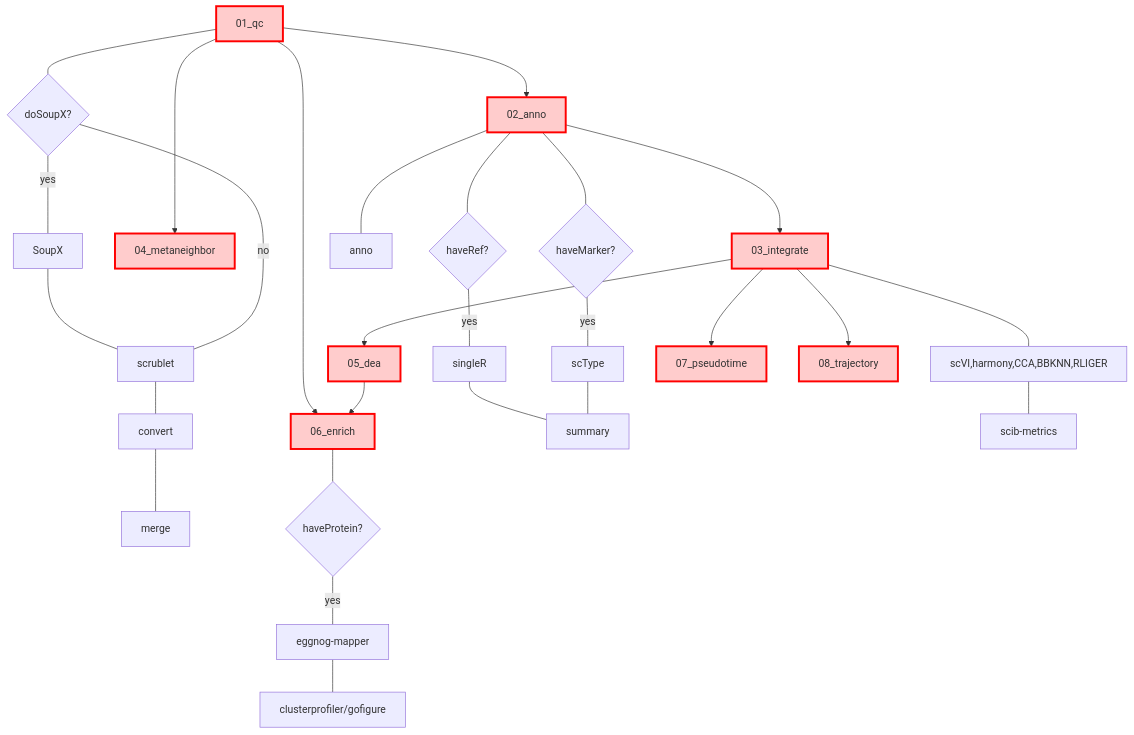
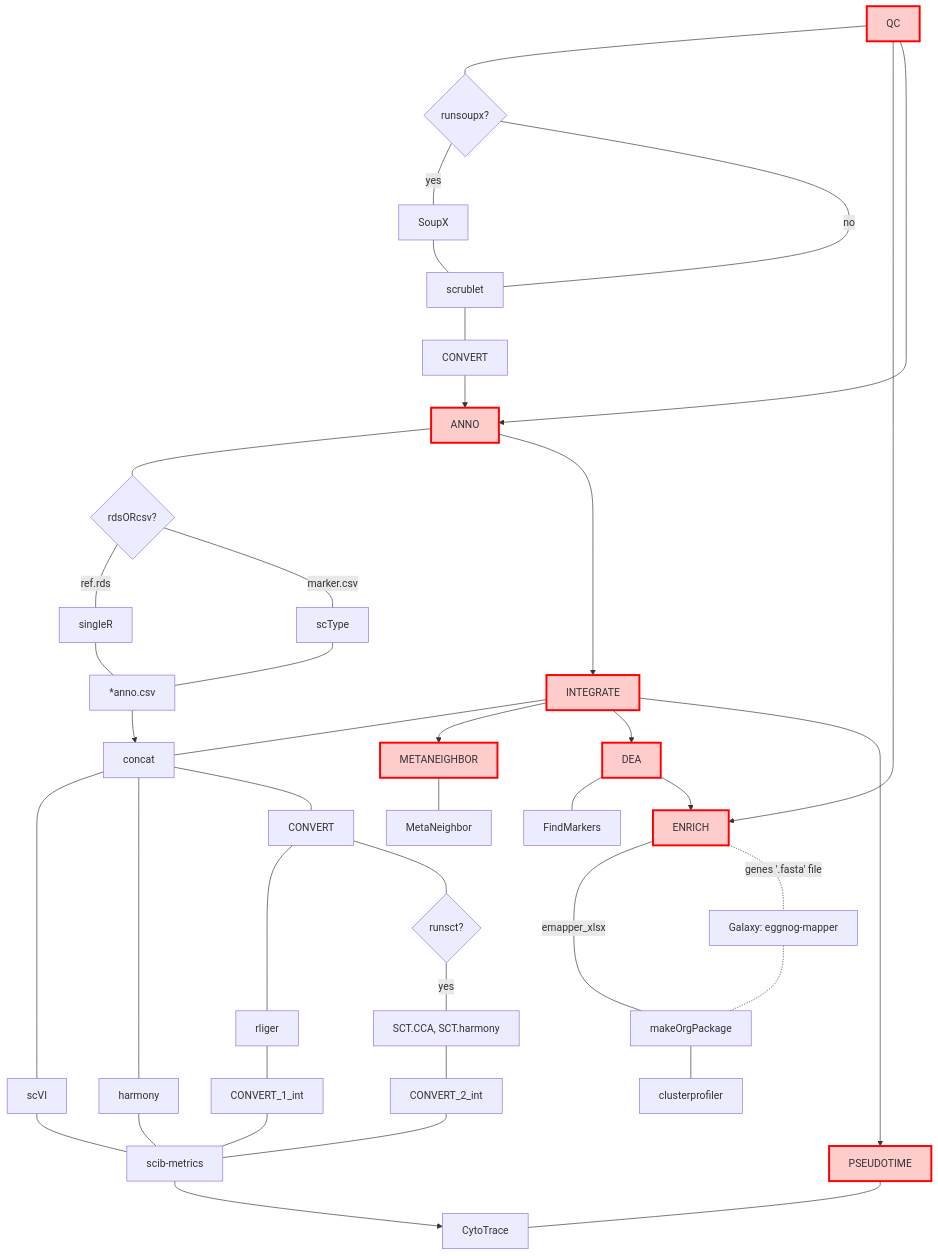
One commit to ydgenomics/scLine changed the first of 3 diagrams in README.md. Above: the diagram before and after it, drawn with Mermaid. The commit also changed other lines of this file and 89 other files, not shown here.

````diff
--- a/README.md
+++ b/README.md
@@ -26,23 +34,31 @@
   ```mermaid
   flowchart TB
-  01[01_qc] --- 01.1{doSoupX?}
+  01[QC] --- 01.1{runsoupx?}
   01.1 ---|yes| 01.2[SoupX] --- 01.3[scrublet]
   01.1 ---|no| 01.3
-  01.3 --- 01.4[convert] --- 01.5[merge]
-  01 ---> 04[04_metaneighbor]
-  01 ---> 06[06_enrich]
-  06 --- 06.1{haveProtein?} ---|yes| 06.2[eggnog-mapper] --- 06.3[clusterprofiler/gofigure]
-  01 --> 02[02_anno]
-  02 --- 02.1{haveRef?}
-  02.1 ---|yes| 02.2[singleR]
-  02 --- 02.3{haveMarker?} ---|yes| 02.4[scType]
-  02.2 --- 02.5[summary]
-  02.4 --- 02.5
-  02 --- 02.6[anno]
-  02 --> 03[03_integrate] --- 03.1[scVI,harmony,CCA,BBKNN,RLIGER] --- 03.2[scib-metrics]
-  03 --> 05[05_dea] --> 06
-  03 --> 07[07_pseudotime]
-  03 --> 08[08_trajectory]
+  01.3 --- 08[CONVERT]
+  01 ---> 06[ENRICH]
+  06 ---|emapper_xlsx| 06.1[makeOrgPackage] --- 06.2[clusterprofiler]
+  06 -.-|genes '.fasta' file| 06.3[Galaxy: eggnog-mapper] -.- 06.1
+  01 --> 02[ANNO]
+  08 --> 02
+  02 --- 02.1{rdsORcsv?}
+  02.1 ---|ref.rds| 02.2[singleR] --- 02.4[*anno.csv]
+  02.1 ---|marker.csv| 02.3[scType] --- 02.4
+  02.4 --> 03.0
+  02 --> 03[INTEGRATE] --- 03.0[concat] --- 03.1[scVI]
+  03.0 --- 03.2[harmony]
+  03.0 --- 03.3[CONVERT] --- 03.4[rliger] 
+  03.3 --- 03.5{runsct?} ---|yes| 03.6[SCT.CCA, SCT.harmony]
+  03.4 --- 03.7[CONVERT_1_int] --- 03.8[scib-metrics]
+  03.1 --- 03.8
+  03.2 --- 03.8
+  03.6 --- 03.9[CONVERT_2_int] --- 03.8
+  03 --> 04[METANEIGHBOR] --- 04.1[MetaNeighbor]
+  03 --> 05[DEA] --- 05.1[FindMarkers] 
+  05 --> 06
+  03 --> 07[PSEUDOTIME] --- 07.1[CytoTrace]
+  03.8 --> 07.1
   classDef mainNode fill:#ffcccc,stroke:#ff0000,stroke-width:3px
-  class 01,02,03,04,05,06,07,08 mainNode
+  class 01,02,03,04,05,06,07 mainNode
   ```
````
